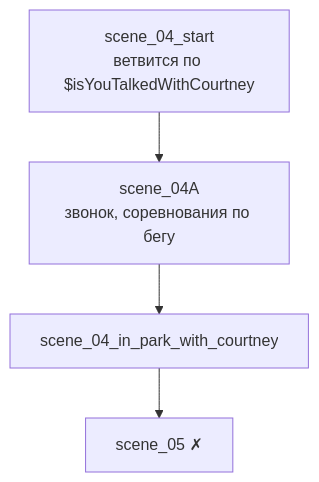
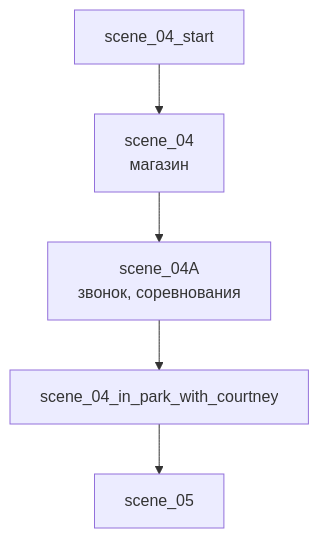
The diagram in Сцены/scene_04.md (manselot/Furry-Paradise), drawn with Mermaid before and after one commit. The commit also changed other lines of this file and 26 other files, not shown here.

````diff
--- a/Сцены/scene_04.md
+++ b/Сцены/scene_04.md
@@ -12,6 +17,7 @@
 ```mermaid
 flowchart TD
-    A[scene_04_start<br/>ветвится по $isYouTalkedWithCourtney] --> B[scene_04A<br/>звонок, соревнования по бегу]
-    B --> C[scene_04_in_park_with_courtney]
-    C --> D[scene_05 ✗]
+    A[scene_04_start] --> B[scene_04<br/>магазин]
+    B --> C[scene_04A<br/>звонок, соревнования]
+    C --> D[scene_04_in_park_with_courtney]
+    D --> E[scene_05]
 ```
````
